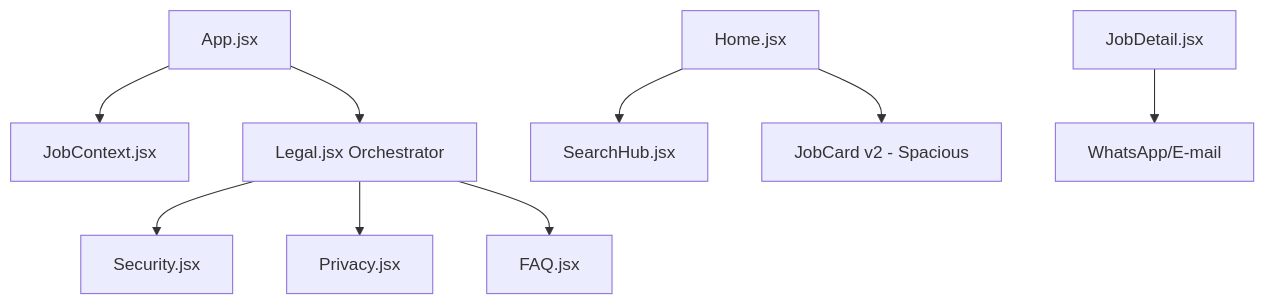
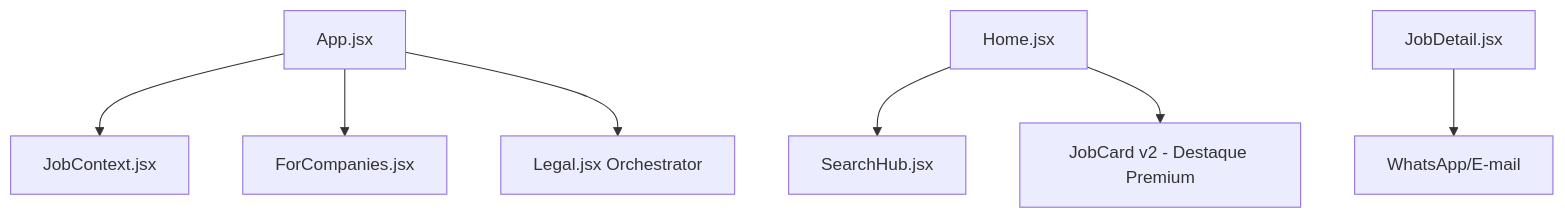
Before and after one commit to lukaslimna1/TrampoFacil: the diagram in README.md, drawn with Mermaid. The commit also changed other lines of this file and 10 other files, not shown here.

````diff
--- a/README.md
+++ b/README.md
@@ -63,11 +73,9 @@
 ```mermaid
 graph TD
     App[App.jsx] --> Context[JobContext.jsx]
+    App --> ForCompanies[ForCompanies.jsx]
     App --> Legal[Legal.jsx Orchestrator]
-    Legal --> Seg[Security.jsx]
-    Legal --> Priv[Privacy.jsx]
-    Legal --> FAQ[FAQ.jsx]
     Home[Home.jsx] --> Search[SearchHub.jsx]
-    Home --> Cards[JobCard v2 - Spacious]
+    Home --> Cards[JobCard v2 - Destaque Premium]
     Detail[JobDetail.jsx] --> Apply[WhatsApp/E-mail]
 ```
````
